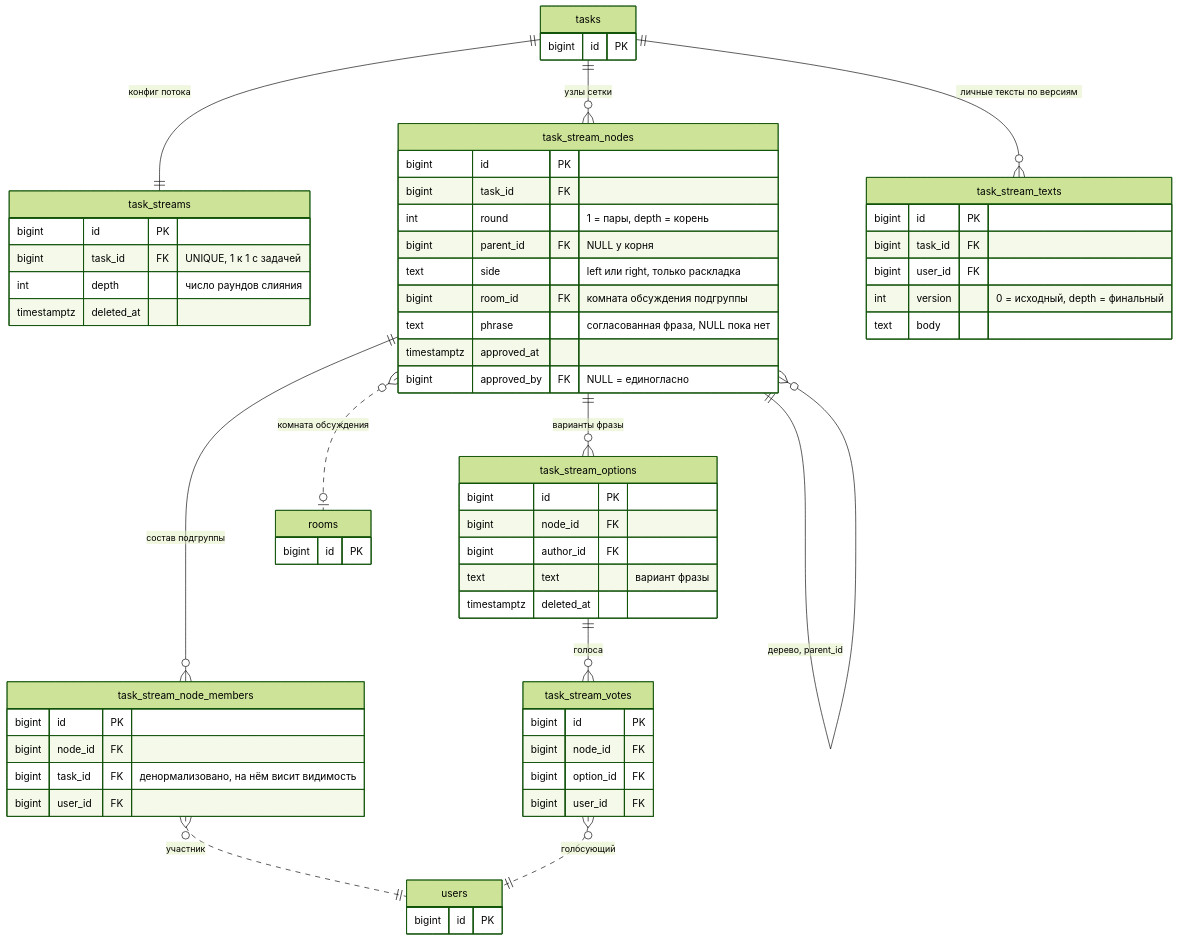
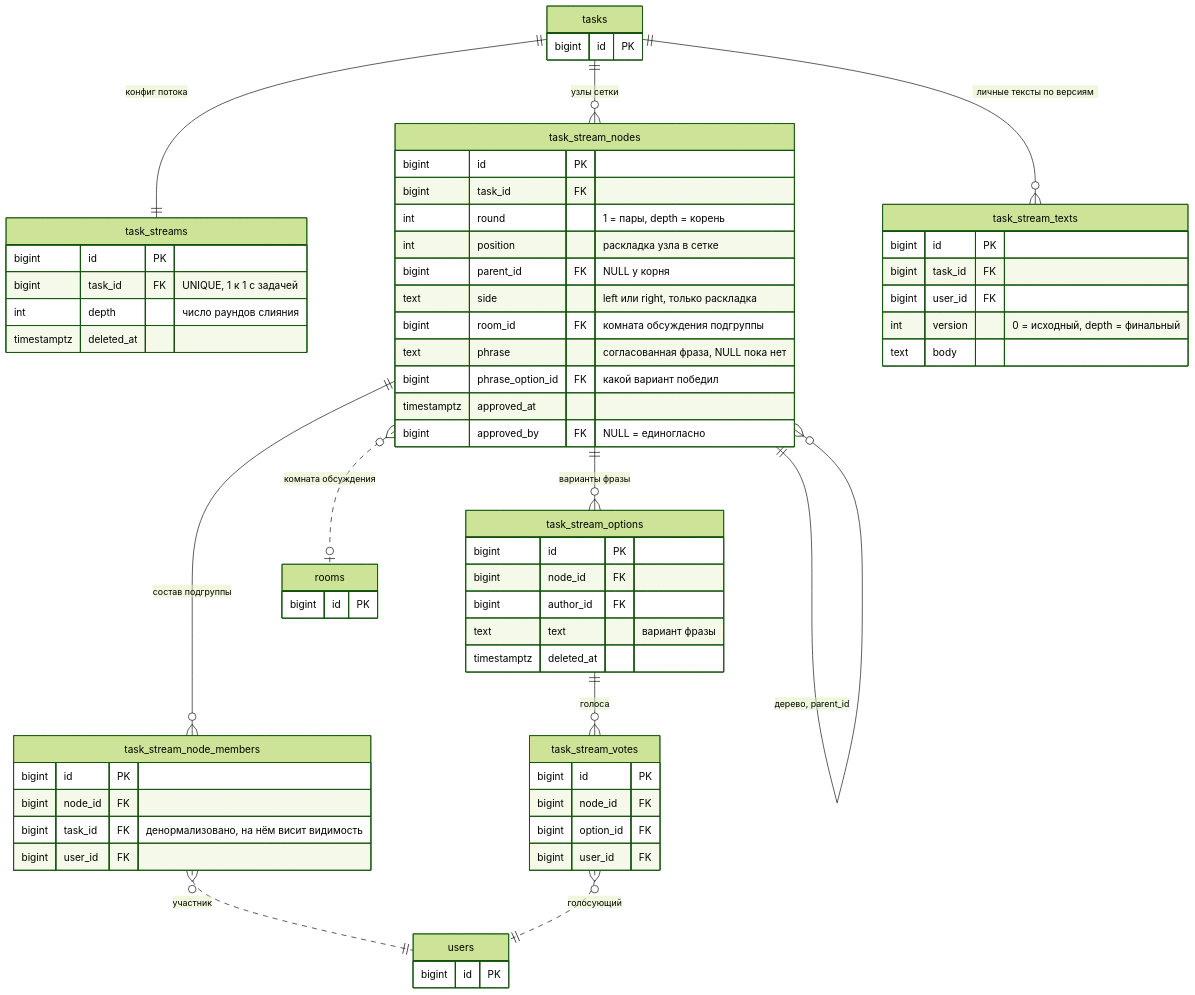
The seventh of 20 diagrams in docs/ARCHITECTURE.md (code-tamer3000/argonautica-platfrorm), drawn with Mermaid (forest theme) before and after one commit. The commit also changed other lines of this file, not shown here.

First line of the commit message:
docs: синхронизировать ARCHITECTURE.md с реальностью бэкенда

````diff
--- a/docs/ARCHITECTURE.md
+++ b/docs/ARCHITECTURE.md
@@ -373,66 +490,68 @@
 ```mermaid
 erDiagram
     task_streams {
         bigint id PK
         bigint task_id FK "UNIQUE, 1 к 1 с задачей"
         int depth "число раундов слияния"
         timestamptz deleted_at
     }
     task_stream_nodes {
         bigint id PK
         bigint task_id FK
         int round "1 = пары, depth = корень"
+        int position "раскладка узла в сетке"
         bigint parent_id FK "NULL у корня"
         text side "left или right, только раскладка"
         bigint room_id FK "комната обсуждения подгруппы"
         text phrase "согласованная фраза, NULL пока нет"
+        bigint phrase_option_id FK "какой вариант победил"
         timestamptz approved_at
         bigint approved_by FK "NULL = единогласно"
     }
     task_stream_node_members {
         bigint id PK
         bigint node_id FK
         bigint task_id FK "денормализовано, на нём висит видимость"
         bigint user_id FK
     }
     task_stream_texts {
         bigint id PK
         bigint task_id FK
         bigint user_id FK
         int version "0 = исходный, depth = финальный"
         text body
     }
     task_stream_options {
         bigint id PK
         bigint node_id FK
         bigint author_id FK
         text text "вариант фразы"
         timestamptz deleted_at
     }
     task_stream_votes {
         bigint id PK
         bigint node_id FK
         bigint option_id FK
         bigint user_id FK
     }
     tasks {
         bigint id PK
     }
     rooms {
         bigint id PK
     }
     users {
         bigint id PK
     }
 
     tasks ||--|| task_streams : "конфиг потока"
     tasks ||--o{ task_stream_nodes : "узлы сетки"
     task_stream_nodes ||--o{ task_stream_nodes : "дерево, parent_id"
     task_stream_nodes ||--o{ task_stream_node_members : "состав подгруппы"
     task_stream_nodes ||--o{ task_stream_options : "варианты фразы"
     task_stream_options ||--o{ task_stream_votes : "голоса"
     tasks ||--o{ task_stream_texts : "личные тексты по версиям"
     task_stream_nodes }o..o| rooms : "комната обсуждения"
     task_stream_node_members }o..|| users : "участник"
     task_stream_votes }o..|| users : "голосующий"
 ```
````
